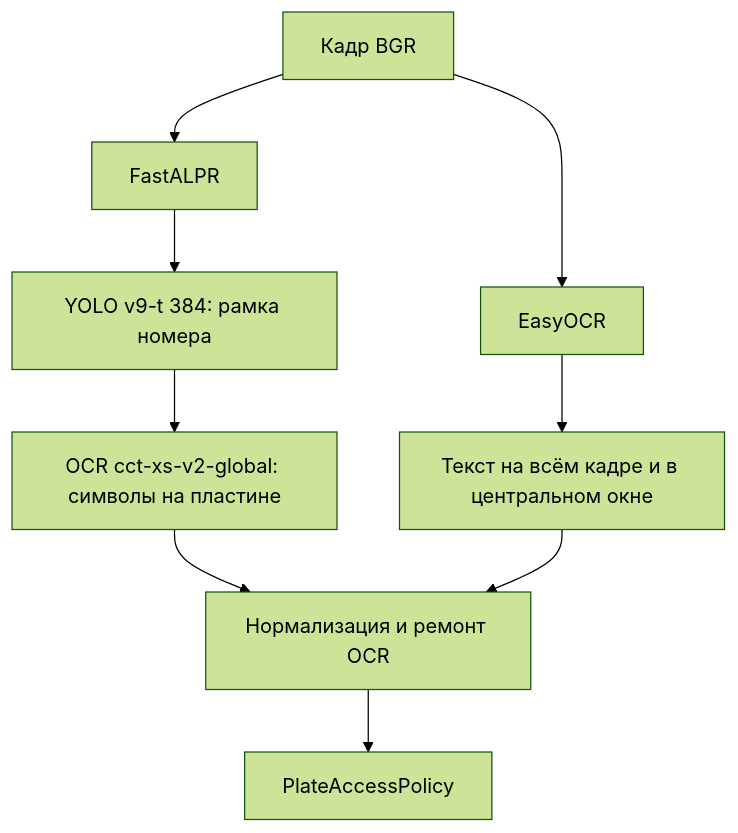
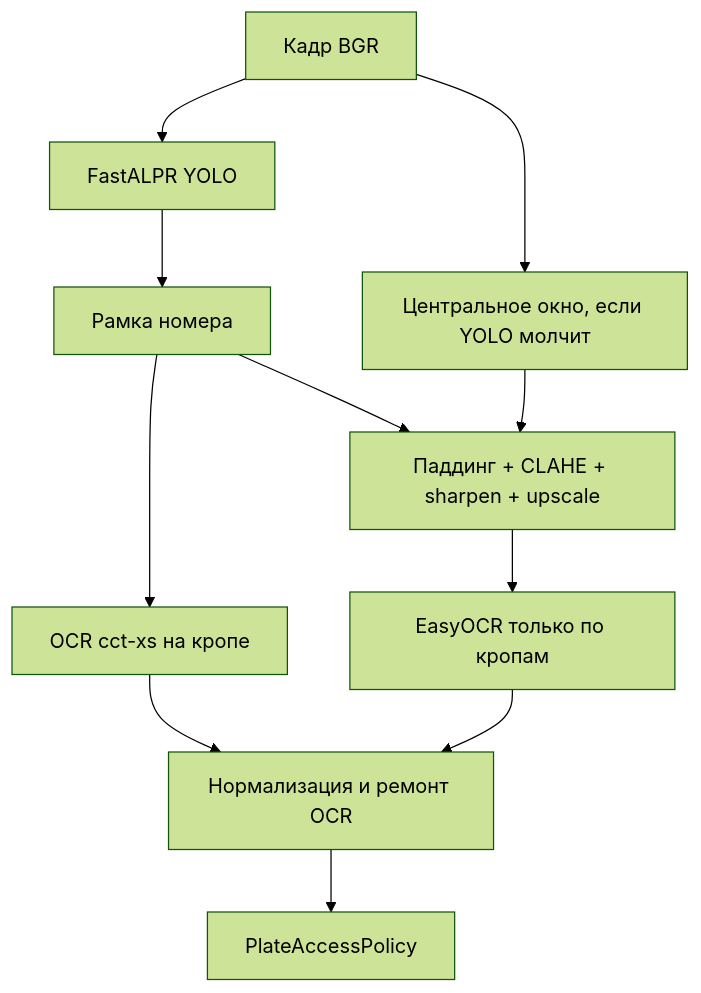
Before and after one commit to Kirovskiy22/GateControl: the second of 3 diagrams in ARCHITECTURE.md, drawn with Mermaid (forest theme). The commit also changed other lines of this file and 15 other files, not shown here.

````diff
--- a/ARCHITECTURE.md
+++ b/ARCHITECTURE.md
@@ -44,11 +45,13 @@
 ```mermaid
 flowchart TD
-  frame[Кадр BGR] --> alpr[FastALPR]
-  frame --> easy[EasyOCR]
-  alpr --> det[YOLO v9-t 384: рамка номера]
-  det --> ocr1[OCR cct-xs-v2-global: символы на пластине]
-  easy --> ocr2[Текст на всём кадре и в центральном окне]
+  frame[Кадр BGR] --> alpr[FastALPR YOLO]
+  alpr --> det[Рамка номера]
+  det --> ocr1[OCR cct-xs на кропе]
+  det --> prep[Паддинг + CLAHE + sharpen + upscale]
+  frame --> center[Центральное окно, если YOLO молчит]
+  center --> prep
+  prep --> easy[EasyOCR только по кропам]
   ocr1 --> merge[Нормализация и ремонт OCR]
-  ocr2 --> merge
+  easy --> merge
   merge --> policy[PlateAccessPolicy]
 ```
````
